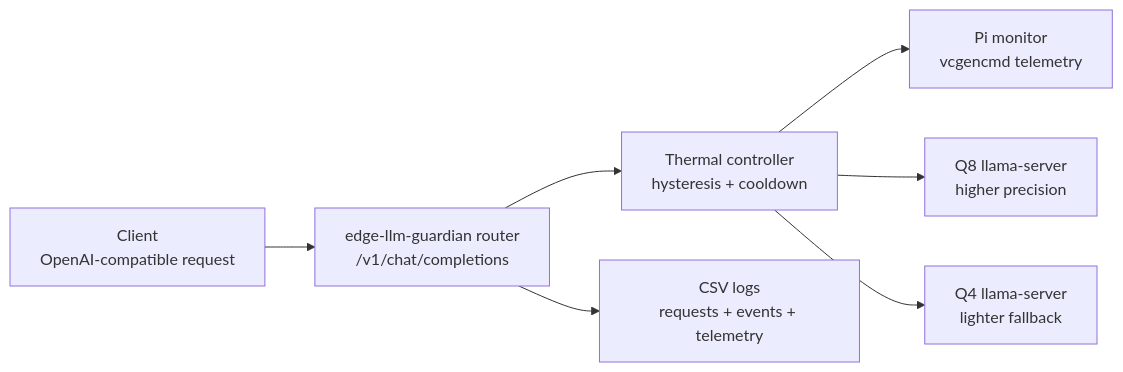
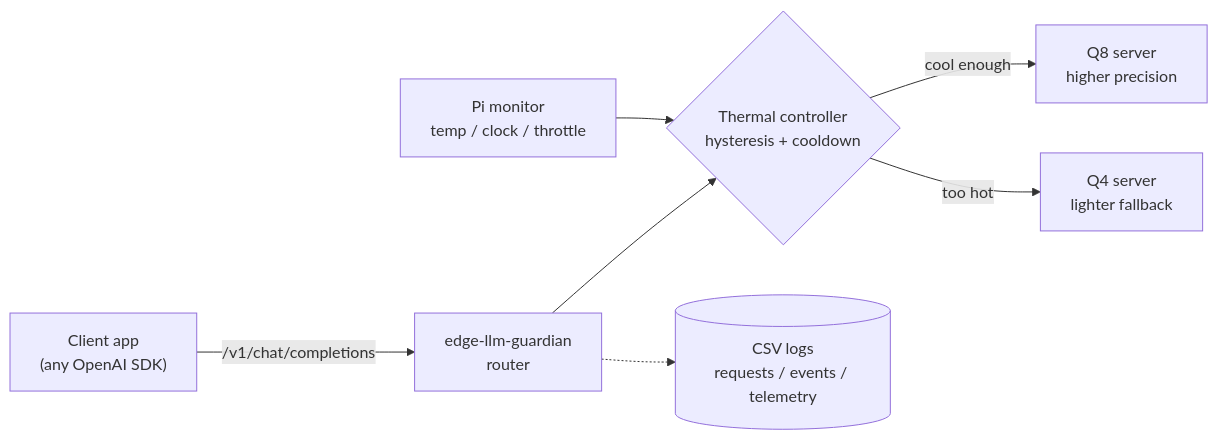
The diagram in README.md (ryokotaka/thermal-guardian), drawn with Mermaid before and after one commit. The commit also changed other lines of this file and 1 other file, not shown here.

````diff
--- a/README.md
+++ b/README.md
@@ -53,9 +84,17 @@
 ```mermaid
 flowchart LR
-    C["Client\nOpenAI-compatible request"] --> R["edge-llm-guardian router\n/v1/chat/completions"]
-    R --> K["Thermal controller\nhysteresis + cooldown"]
-    K --> M["Pi monitor\nvcgencmd telemetry"]
-    K --> Q8["Q8 llama-server\nhigher precision"]
-    K --> Q4["Q4 llama-server\nlighter fallback"]
-    R --> L["CSV logs\nrequests + events + telemetry"]
+    Client["Client app<br/>(any OpenAI SDK)"]
+    Router["edge-llm-guardian<br/>router"]
+    Decision{"Thermal controller<br/>hysteresis + cooldown"}
+    Monitor["Pi monitor<br/>temp / clock / throttle"]
+    Q8["Q8 server<br/>higher precision"]
+    Q4["Q4 server<br/>lighter fallback"]
+    Logs[("CSV logs<br/>requests / events / telemetry")]
+
+    Client -->|/v1/chat/completions| Router
+    Router --> Decision
+    Monitor --> Decision
+    Decision -->|cool enough| Q8
+    Decision -->|too hot| Q4
+    Router -.-> Logs
 ```
````
